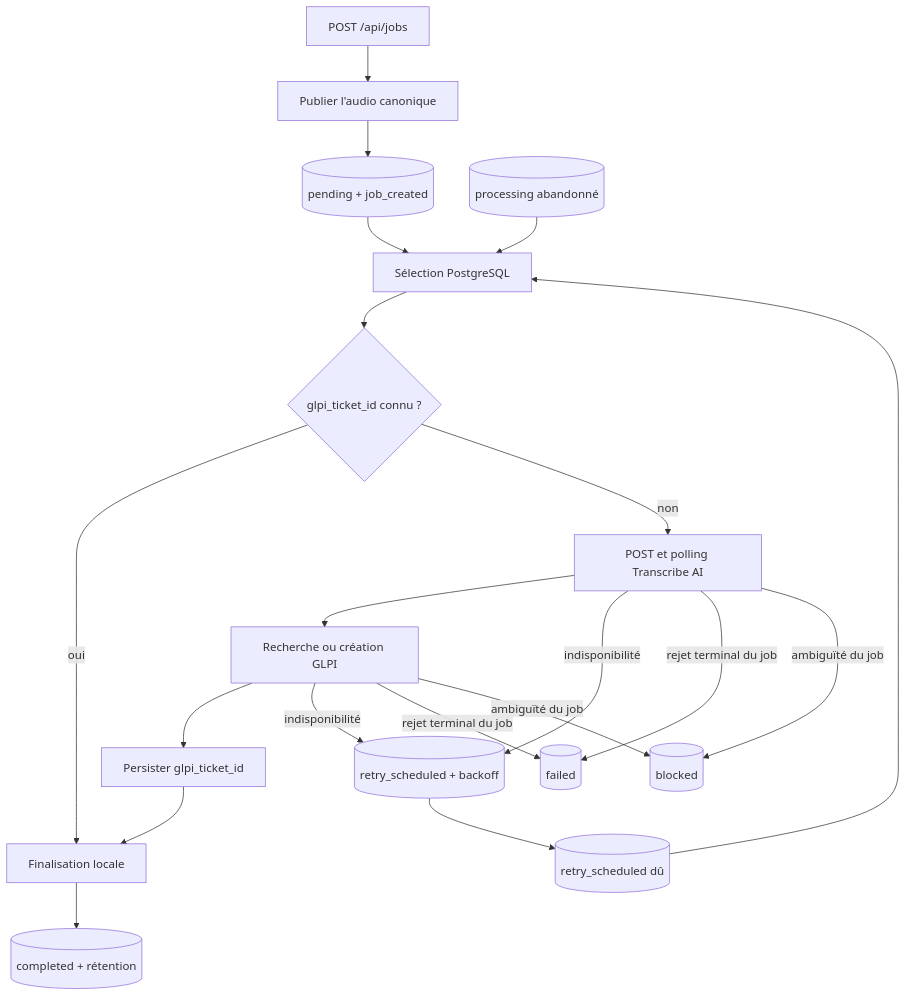
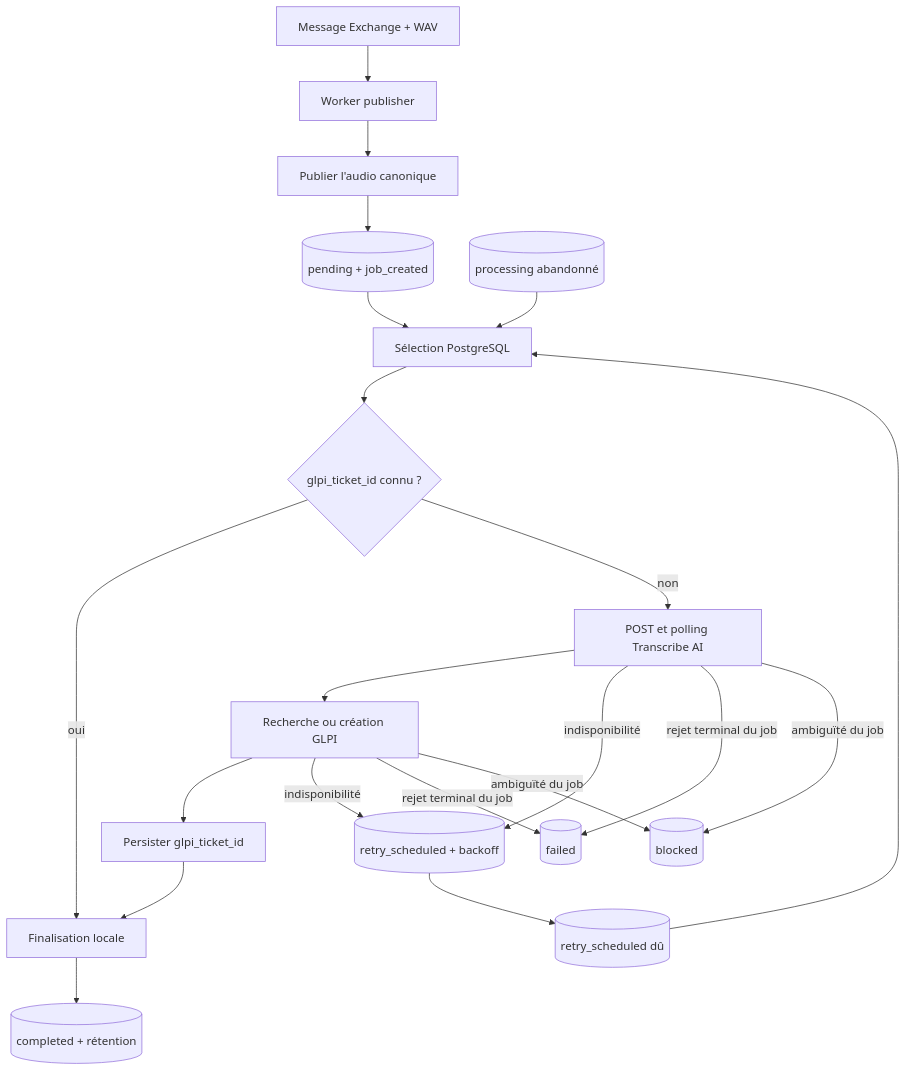
One commit to dev-vauclaire/mevo2glpi changed the second of 2 diagrams in README.md. Above: the diagram before and after it, drawn with Mermaid. The commit also changed other lines of this file and 10 other files, not shown here.

````diff
--- a/README.md
+++ b/README.md
@@ -97,25 +108,26 @@
 ```mermaid
 flowchart TD
-    Upload[POST /api/jobs] --> Publish[Publier l'audio canonique]
-    Publish --> Pending[(pending + job_created)]
+    Exchange[Message Exchange + WAV] --> Publish[Worker publisher]
+    Publish --> Audio[Publier l'audio canonique]
+    Audio --> Pending[(pending + job_created)]
     Pending --> Select[Sélection PostgreSQL]
     RetryDue[(retry_scheduled dû)] --> Select
     Resume[(processing abandonné)] --> Select
 
     Select --> Known{glpi_ticket_id connu ?}
     Known -->|oui| Finalize[Finalisation locale]
     Known -->|non| Transcribe[POST et polling Transcribe AI]
     Transcribe --> Ticket[Recherche ou création GLPI]
     Ticket --> Persist[Persister glpi_ticket_id]
     Persist --> Finalize
     Finalize --> Completed[(completed + rétention)]
 
     Transcribe -->|indisponibilité| Retry[(retry_scheduled + backoff)]
     Ticket -->|indisponibilité| Retry
     Retry --> RetryDue
 
     Transcribe -->|rejet terminal du job| Failed[(failed)]
     Ticket -->|rejet terminal du job| Failed
     Transcribe -->|ambiguïté du job| Blocked[(blocked)]
     Ticket -->|ambiguïté du job| Blocked
 ```
````
